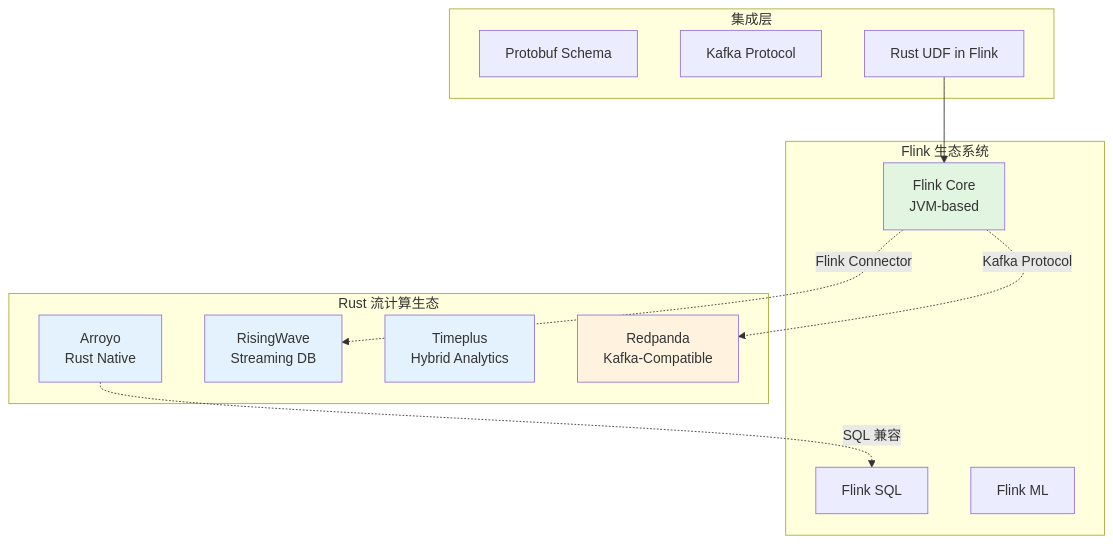
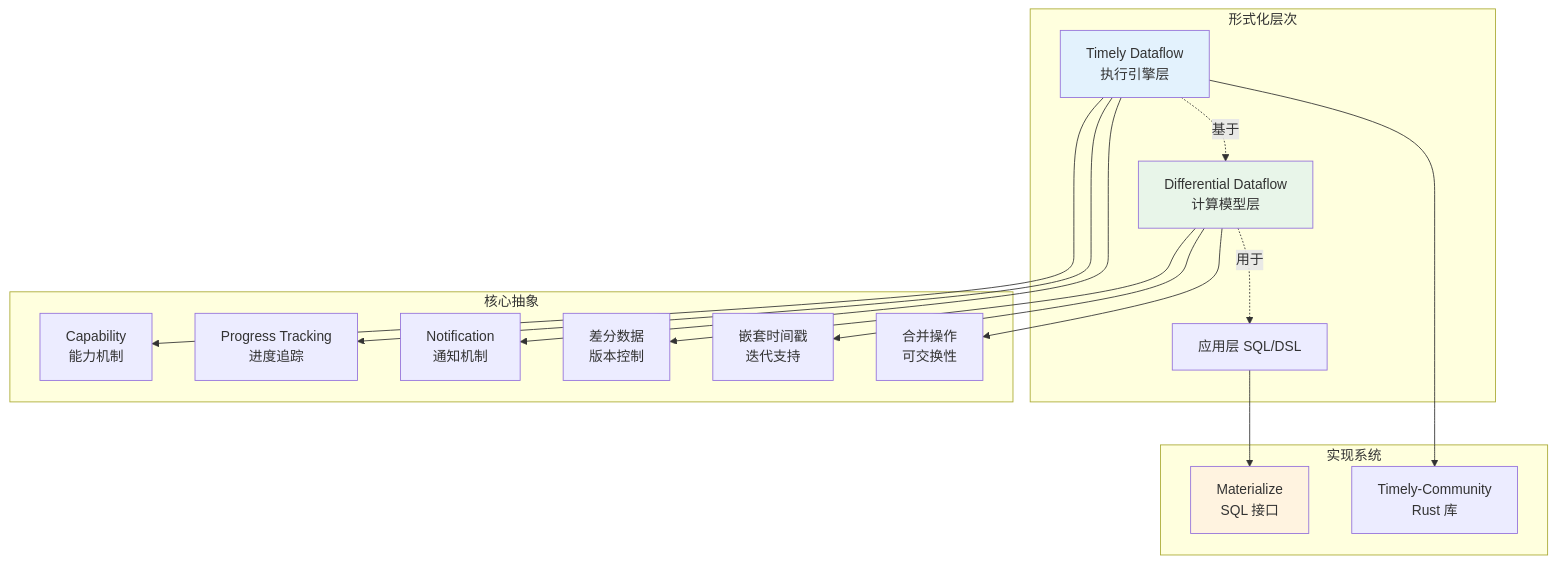
Before and after one commit to AdaMartin18010/AnalysisDataFlow: the first of 7 diagrams in Knowledge/06-frontier/rust-streaming-ecosystem.md, drawn with Mermaid. The commit also changed other lines of this file and 20 other files, not shown here.

````diff
--- a/Knowledge/06-frontier/rust-streaming-ecosystem.md
+++ b/Knowledge/06-frontier/rust-streaming-ecosystem.md
@@ -120,32 +222,41 @@
 ```mermaid
 graph TB
-    subgraph "Flink 生态系统"
-        A[Flink Core<br/>JVM-based]
-        B[Flink SQL]
-        C[Flink ML]
+    subgraph "形式化层次"
+        TD[Timely Dataflow<br/>执行引擎层]
+        DD[Differential Dataflow<br/>计算模型层]
+        APP[应用层 SQL/DSL]
     end
 
-    subgraph "Rust 流计算生态"
-        D[Arroyo<br/>Rust Native]
-        E[RisingWave<br/>Streaming DB]
-        F[Timeplus<br/>Hybrid Analytics]
-        G[Redpanda<br/>Kafka-Compatible]
+    subgraph "核心抽象"
+        TDC[Capability<br/>能力机制]
+        TDP[Progress Tracking<br/>进度追踪]
+        TDN[Notification<br/>通知机制]
+
+        DDD[差分数据<br/>版本控制]
+        DDN[嵌套时间戳<br/>迭代支持]
+        DDA[合并操作<br/>可交换性]
     end
 
-    subgraph "集成层"
-        H[Protobuf Schema]
-        I[Kafka Protocol]
-        J[Rust UDF in Flink]
+    subgraph "实现系统"
+        MZ[Materialize<br/>SQL 接口]
+        TC[Timely-Community<br/>Rust 库]
     end
 
-    A -.->|Flink Connector| E
-    A -.->|Kafka Protocol| G
-    D -.->|SQL 兼容| B
-    J --> A
+    TD --> TDC
+    TD --> TDP
+    TD --> TDN
 
-    style A fill:#e1f5e1
-    style D fill:#e3f2fd
-    style E fill:#e3f2fd
-    style F fill:#e3f2fd
-    style G fill:#fff3e0
+    DD --> DDD
+    DD --> DDN
+    DD --> DDA
+
+    TD -."基于".-> DD
+    DD -."用于".-> APP
+
+    APP --> MZ
+    TD --> TC
+
+    style TD fill:#e3f2fd
+    style DD fill:#e8f5e9
+    style MZ fill:#fff3e0
 ```
````
